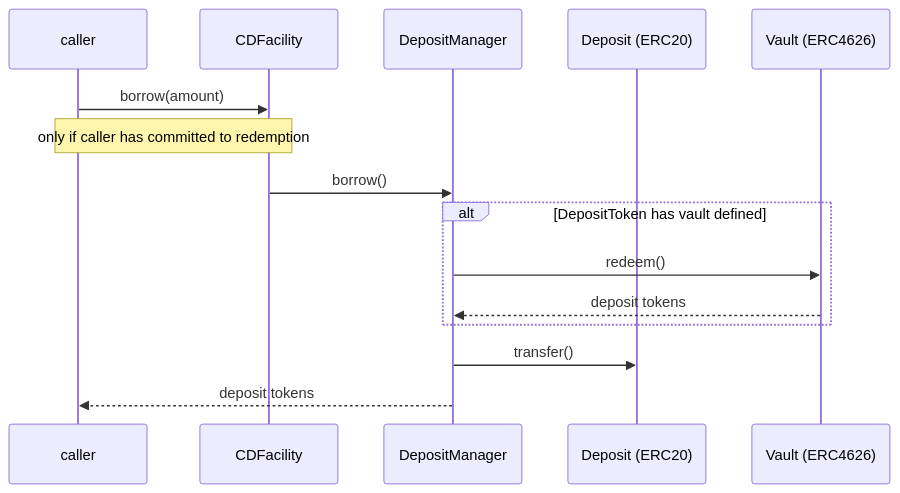
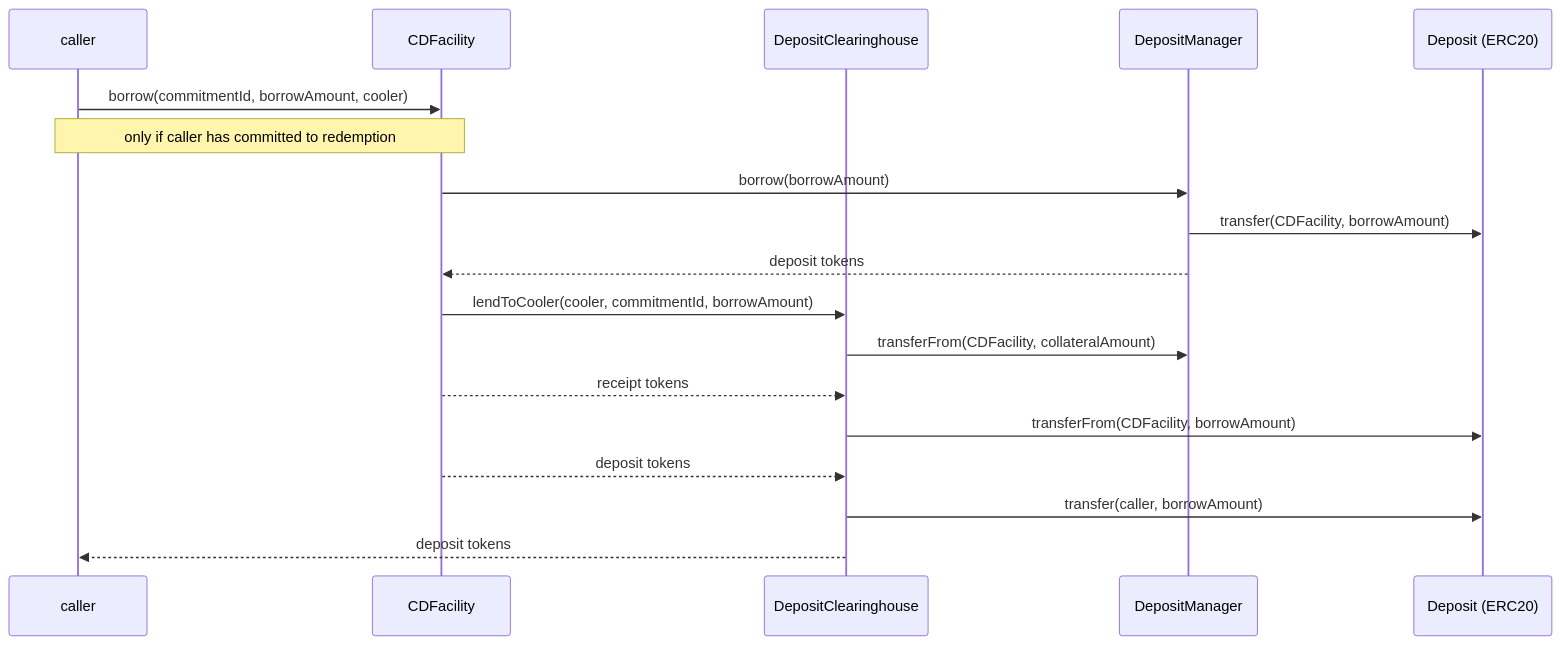
Before and after one commit to OlympusDAO/olympus-v3: the ninth of 9 diagrams in audit/2025-01_convertible-deposits/README.md, drawn with Mermaid. The commit also changed other lines of this file, not shown here.

````diff
--- a/audit/2025-01_convertible-deposits/README.md
+++ b/audit/2025-01_convertible-deposits/README.md
@@ -400,18 +400,21 @@
 ```mermaid
 sequenceDiagram
     participant caller
     participant CDFacility
+    participant DepositClearinghouse
     participant DepositManager
     participant DepositToken as Deposit (ERC20)
-    participant VaultToken as Vault (ERC4626)
 
-    caller->>CDFacility: borrow(amount)
+    caller->>CDFacility: borrow(commitmentId, borrowAmount, cooler)
     note over caller, CDFacility: only if caller has committed to redemption
-    CDFacility->>DepositManager: borrow()
-    alt DepositToken has vault defined
-    DepositManager->>VaultToken: redeem()
-    VaultToken-->>DepositManager: deposit tokens
-    end
-    DepositManager->>DepositToken: transfer()
-    DepositManager-->>caller: deposit tokens
+    CDFacility->>DepositManager: borrow(borrowAmount)
+    DepositManager->>DepositToken: transfer(CDFacility, borrowAmount)
+    DepositManager-->>CDFacility: deposit tokens
+    CDFacility->>DepositClearinghouse: lendToCooler(cooler, commitmentId, borrowAmount)
+    DepositClearinghouse->>DepositManager: transferFrom(CDFacility, collateralAmount)
+    CDFacility-->>DepositClearinghouse: receipt tokens
+    DepositClearinghouse->>DepositToken: transferFrom(CDFacility, borrowAmount)
+    CDFacility-->>DepositClearinghouse: deposit tokens
+    DepositClearinghouse->>DepositToken: transfer(caller, borrowAmount)
+    DepositClearinghouse-->>caller: deposit tokens
 ```
````
